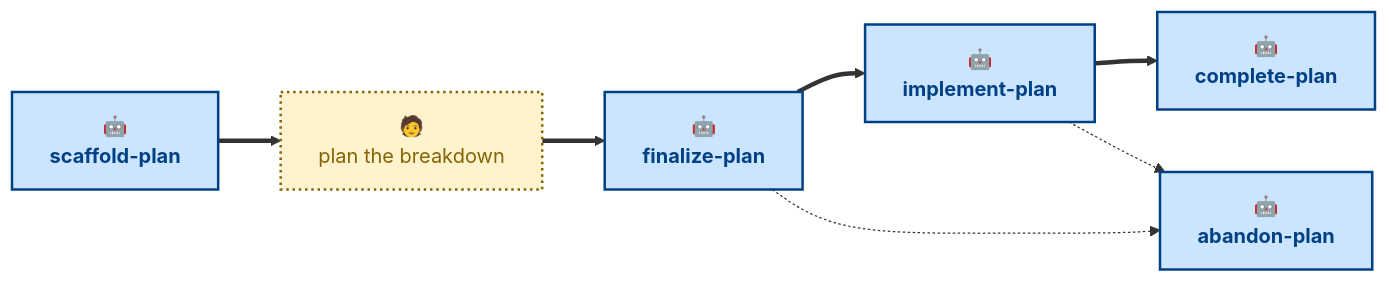
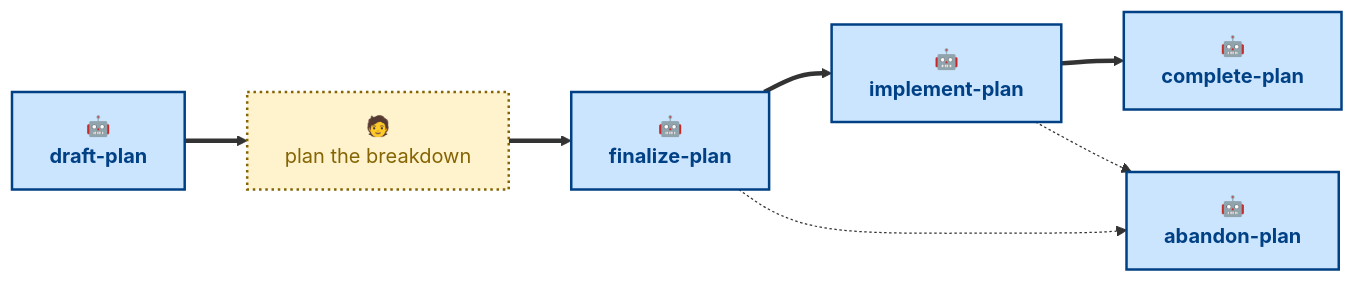
One commit to kieranpotts/plans changed the diagram in .agents/skills/README.md. Above: the diagram before and after it, drawn with Mermaid. The commit also changed other lines of this file and 2 other files, not shown here.

Commit message:
chore: rename scaffold-* to draft-*

````diff
--- a/.agents/skills/README.md
+++ b/.agents/skills/README.md
@@ -30,20 +30,20 @@
 ```mermaid
 flowchart LR
-  scaffold["🤖<br/><b>scaffold-plan</b>"]:::agentic
+  draft["🤖<br/><b>draft-plan</b>"]:::agentic
   write["🧑<br/>plan the breakdown"]:::anthropic
   finalize["🤖<br/><b>finalize-plan</b>"]:::agentic
   implement["🤖<br/><b>implement-plan</b>"]:::agentic
   complete["🤖<br/><b>complete-plan</b>"]:::agentic
   abandon["🤖<br/><b>abandon-plan</b>"]:::agentic
 
-  scaffold ==> write
+  draft ==> write
   write ==> finalize
   finalize ==> implement
   implement ==> complete
   finalize -.-> abandon
   implement -.-> abandon
 
   classDef agentic fill:#cce5ff,stroke:#004085,color:#004085,stroke-width:2px
   classDef scripted fill:#e2e3e5,stroke:#4b5157,color:#383d41,stroke-width:2px
   classDef anthropic fill:#fff3cd,stroke:#856404,color:#856404,stroke-width:2px,stroke-dasharray:2 3
 ```
````
